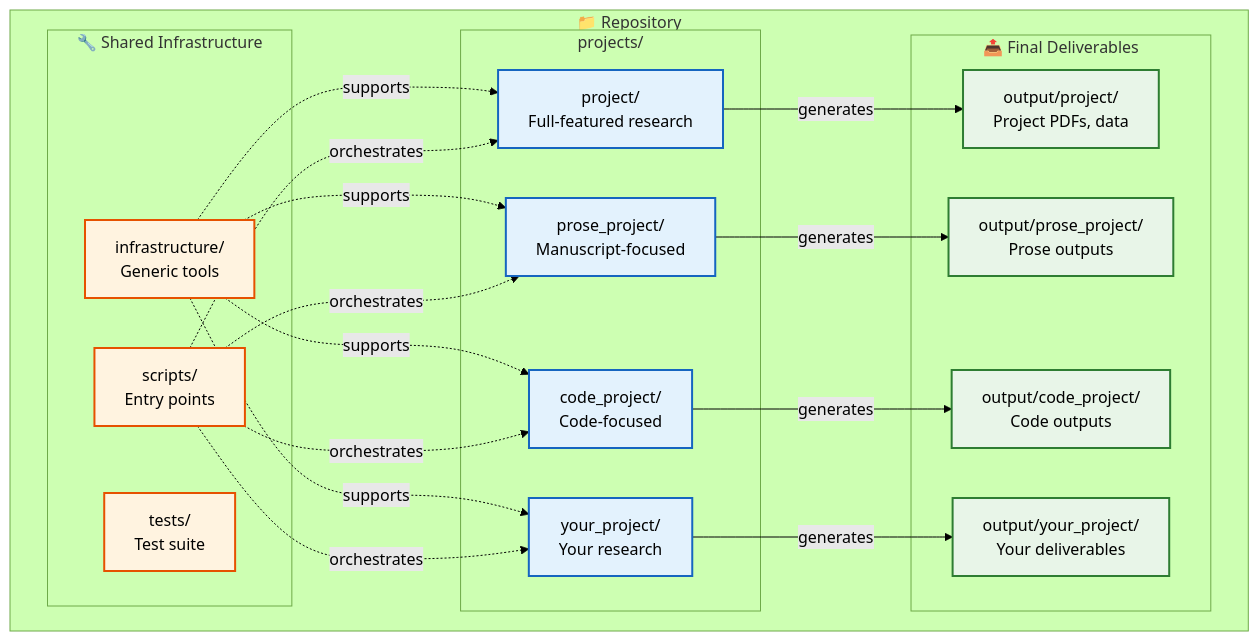
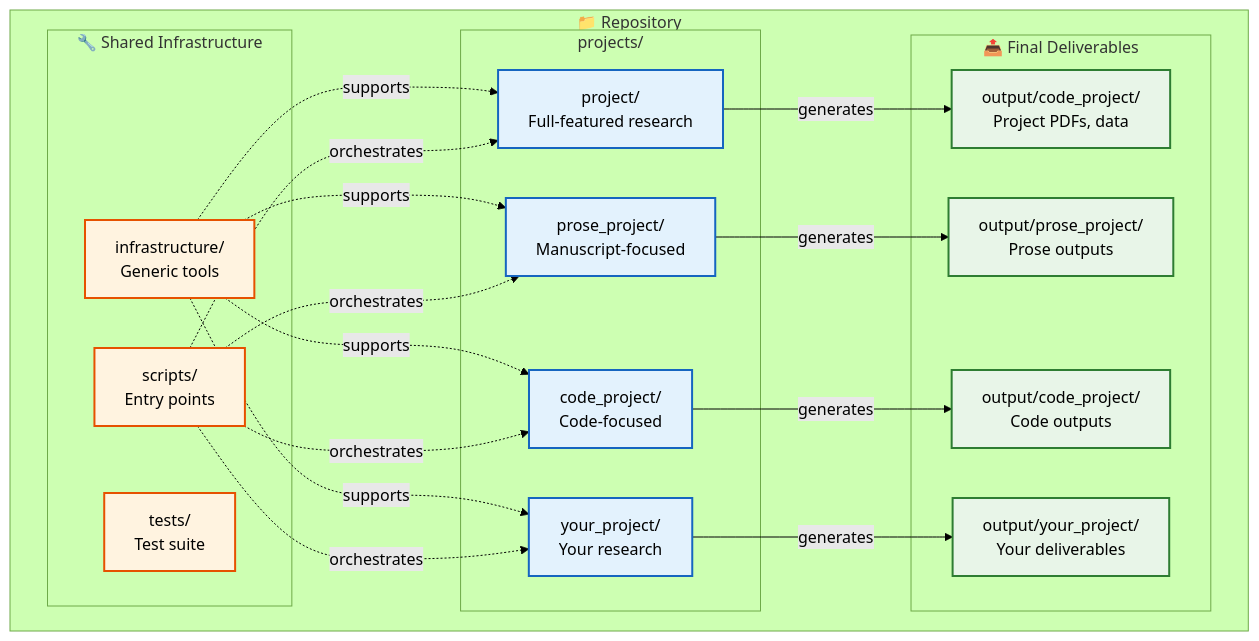
The third of 14 diagrams in README.md (docxology/template), drawn with Mermaid (forest theme) before and after one commit. The commit also changed other lines of this file and 301 other files, not shown here.

````diff
--- a/README.md
+++ b/README.md
@@ -233,47 +233,47 @@
 ```mermaid
 graph TB
     subgraph Repository["📁 Repository"]
         subgraph Projects["projects/"]
             P1[project/<br/>Full-featured research]
             P2[prose_project/<br/>Manuscript-focused]
             P3[code_project/<br/>Code-focused]
             PN[your_project/<br/>Your research]
         end
 
         subgraph Shared["🔧 Shared Infrastructure"]
             INFRA[infrastructure/<br/>Generic tools]
             SCRIPTS[scripts/<br/>Entry points]
             TESTS[tests/<br/>Test suite]
         end
 
         subgraph Output["📤 Final Deliverables"]
-            OUT1[output/project/<br/>Project PDFs, data]
+            OUT1[output/code_project/<br/>Project PDFs, data]
             OUT2[output/prose_project/<br/>Prose outputs]
             OUT3[output/code_project/<br/>Code outputs]
             OUTN[output/your_project/<br/>Your deliverables]
         end
     end
 
     P1 -->|generates| OUT1
     P2 -->|generates| OUT2
     P3 -->|generates| OUT3
     PN -->|generates| OUTN
 
     INFRA -.->|supports| P1
     INFRA -.->|supports| P2
     INFRA -.->|supports| P3
     INFRA -.->|supports| PN
 
     SCRIPTS -.->|orchestrates| P1
     SCRIPTS -.->|orchestrates| P2
     SCRIPTS -.->|orchestrates| P3
     SCRIPTS -.->|orchestrates| PN
 
     classDef project fill:#e3f2fd,stroke:#1565c0,stroke-width:2px
     classDef shared fill:#fff3e0,stroke:#e65100,stroke-width:2px
     classDef output fill:#e8f5e8,stroke:#2e7d32,stroke-width:2px
 
     class P1,P2,P3,PN project
     class INFRA,SCRIPTS,TESTS shared
     class OUT1,OUT2,OUT3,OUTN output
 ```
````
